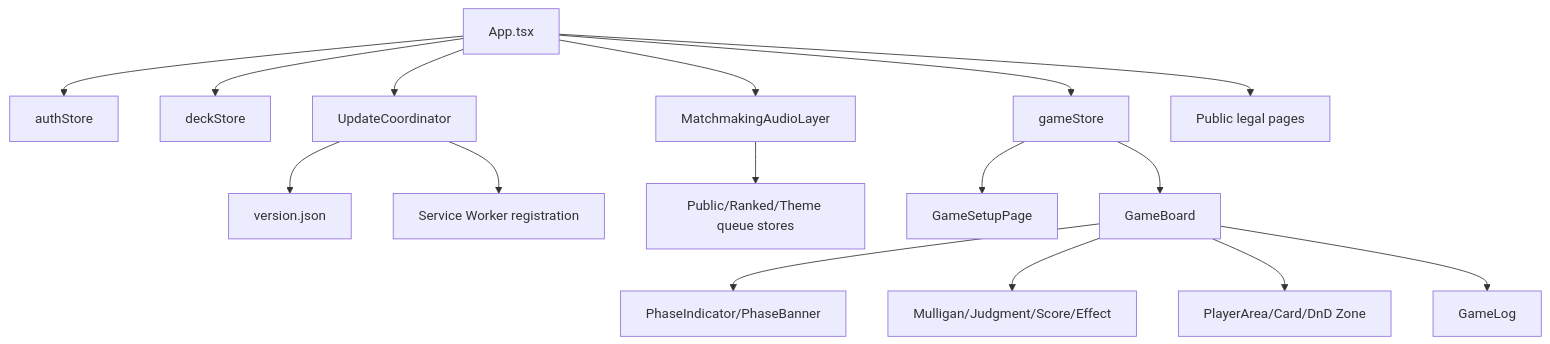
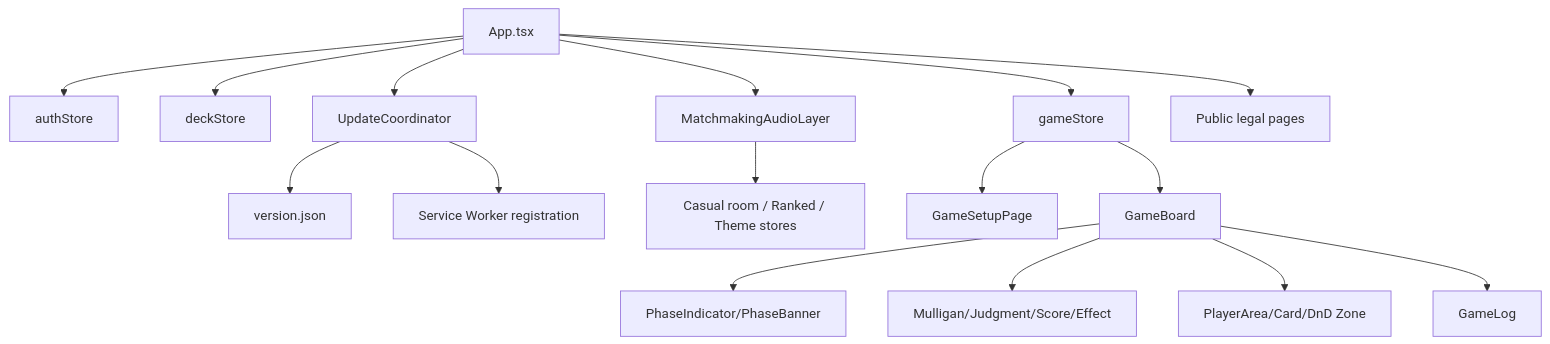
Before and after one commit to catmeow123456/loveca-dev: the sixth of 9 diagrams in docs/system-design.md, drawn with Mermaid. The commit also changed other lines of this file and 78 other files, not shown here.

````diff
--- a/docs/system-design.md
+++ b/docs/system-design.md
@@ -322,22 +322,22 @@
 ```mermaid
 graph TB
     App[App.tsx] --> Auth[authStore]
     App --> Deck[deckStore]
     App --> Game[gameStore]
     App --> Update[UpdateCoordinator]
     App --> MatchAudio[MatchmakingAudioLayer]
     App --> Legal[Public legal pages]
 
     Update --> Manifest[version.json]
     Update --> SW[Service Worker registration]
 
-    MatchAudio --> DeckQueue[Public/Ranked/Theme queue stores]
+    MatchAudio --> DeckQueue[Casual room / Ranked / Theme stores]
 
     Game --> SetupPage[GameSetupPage]
     Game --> Board[GameBoard]
 
     Board --> PhaseUI[PhaseIndicator/PhaseBanner]
     Board --> Panels[Mulligan/Judgment/Score/Effect]
     Board --> Areas[PlayerArea/Card/DnD Zone]
     Board --> Logs[GameLog]
 ```
````
